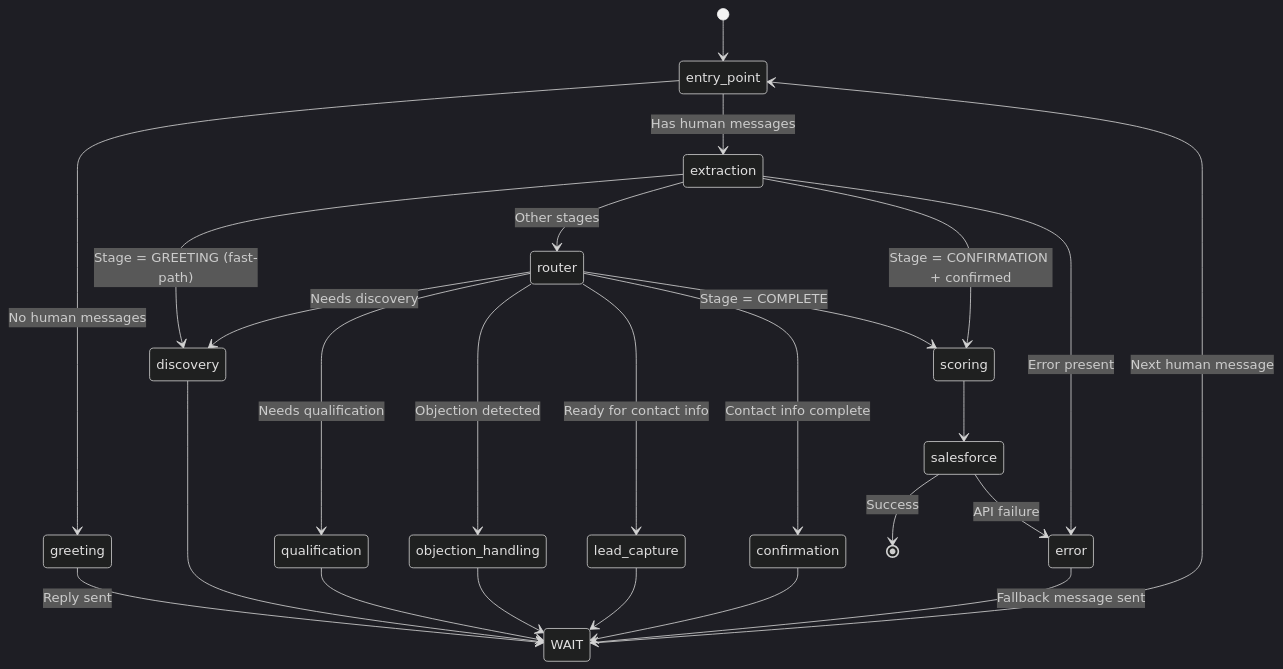
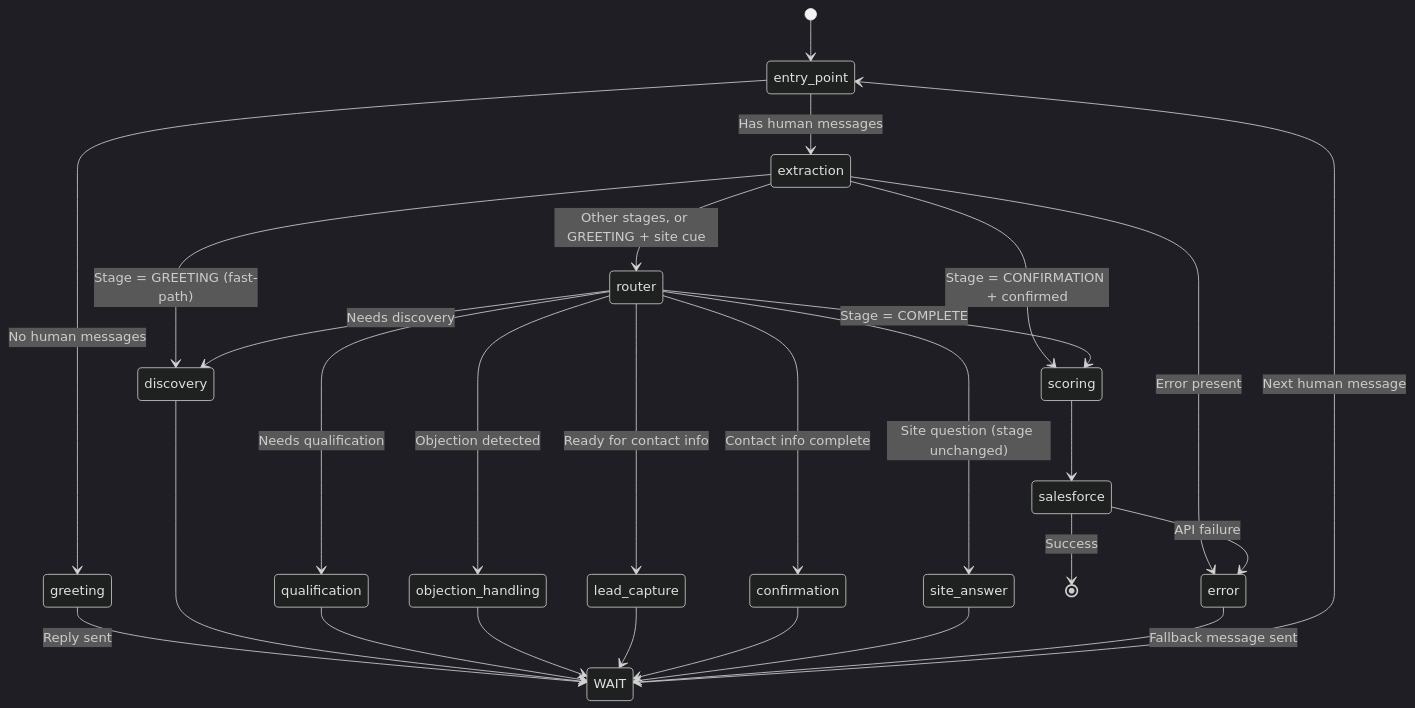
The second of 5 diagrams in architecture.md (marky224/salesforce-langgraph-ai-lead-bot), drawn with Mermaid (dark theme) before and after one commit. The commit also changed 7 other files, not shown here.

````diff
--- a/architecture.md
+++ b/architecture.md
@@ -62,34 +62,36 @@
 ```mermaid
 stateDiagram-v2
     [*] --> entry_point
 
     entry_point --> greeting: No human messages
     entry_point --> extraction: Has human messages
 
     greeting --> WAIT: Reply sent
 
     extraction --> discovery: Stage = GREETING (fast-path)
-    extraction --> router: Other stages
+    extraction --> router: Other stages, or GREETING + site cue
     extraction --> scoring: Stage = CONFIRMATION + confirmed
     extraction --> error: Error present
 
     router --> discovery: Needs discovery
     router --> qualification: Needs qualification
     router --> objection_handling: Objection detected
     router --> lead_capture: Ready for contact info
     router --> confirmation: Contact info complete
     router --> scoring: Stage = COMPLETE
+    router --> site_answer: Site question (stage unchanged)
 
     discovery --> WAIT
     qualification --> WAIT
     objection_handling --> WAIT
     lead_capture --> WAIT
     confirmation --> WAIT
+    site_answer --> WAIT
 
     WAIT --> entry_point: Next human message
 
     scoring --> salesforce
     salesforce --> [*]: Success
     salesforce --> error: API failure
     error --> WAIT: Fallback message sent
 ```
````
